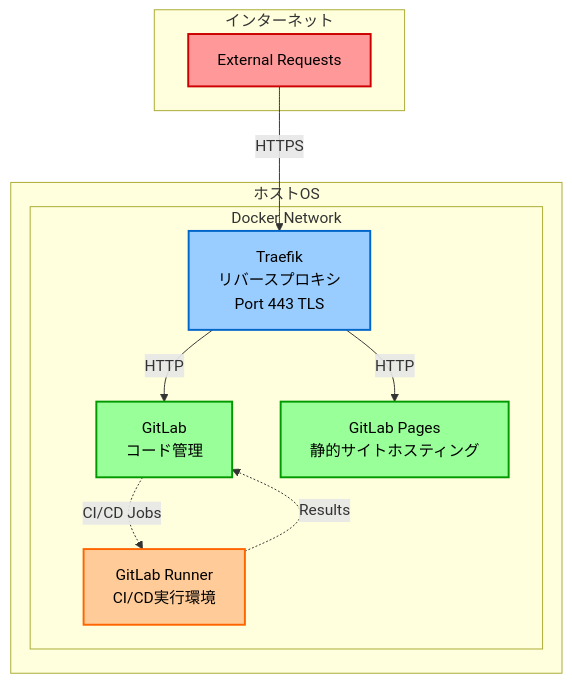
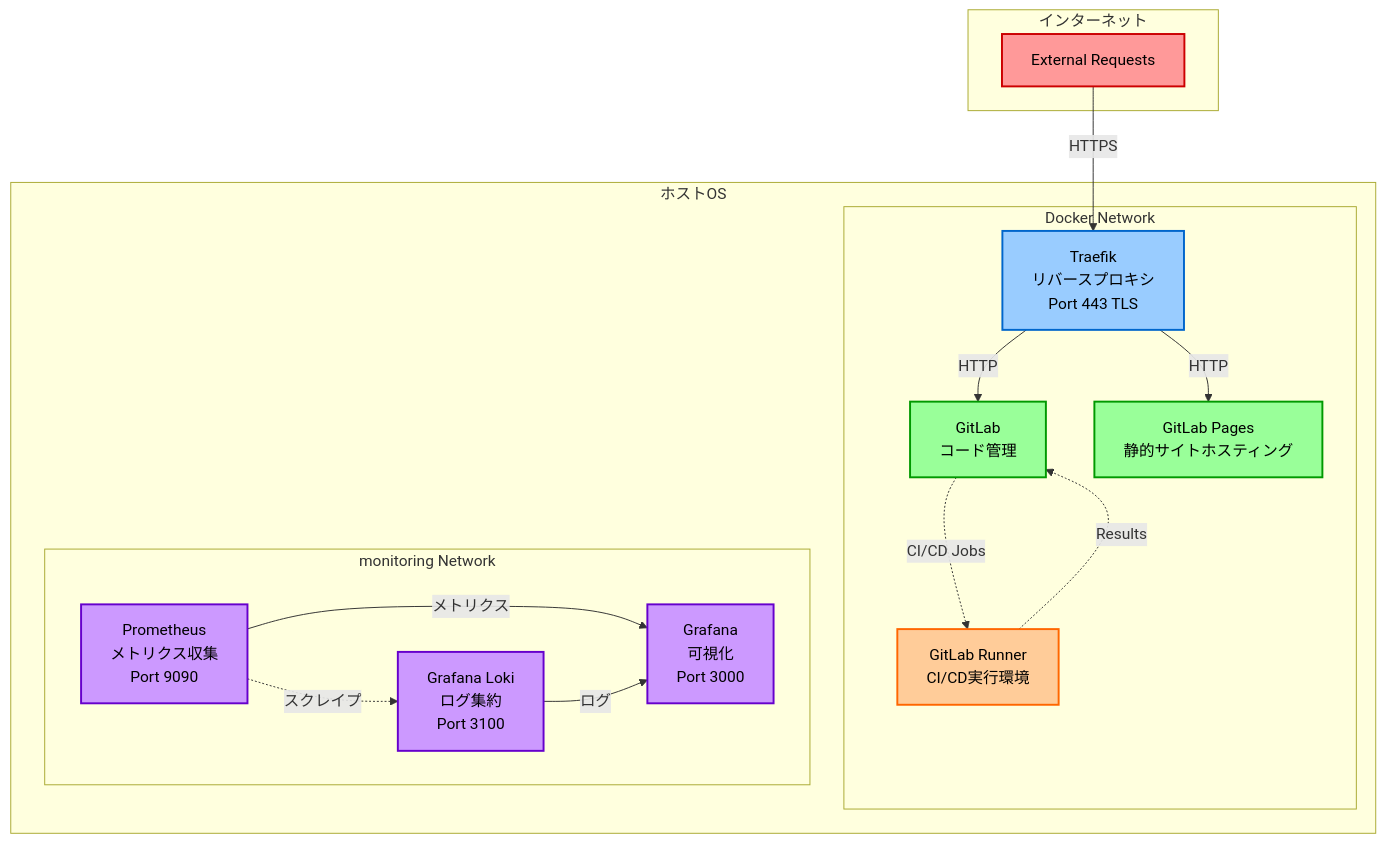
The diagram in README.md (okdwtr/servers), drawn with Mermaid before and after one commit. The commit also changed other lines of this file and 10 other files, not shown here.

First line of the commit message:
feat: Prometheus + Grafana + Loki オブザーバビリティスタック追加

````diff
--- a/README.md
+++ b/README.md
@@ -11,31 +11,41 @@
 ```mermaid
 graph TB
     subgraph "インターネット"
         INET["External Requests"]
     end
     
     subgraph "ホストOS"
         subgraph "Docker Network"
             TRAEFIK["Traefik<br/>リバースプロキシ<br/>Port 443 TLS"]
             GITLAB["GitLab<br/>コード管理"]
             PAGES["GitLab Pages<br/>静的サイトホスティング"]
             RUNNER["GitLab Runner<br/>CI/CD実行環境"]
         end
+        subgraph "monitoring Network"
+            PROMETHEUS["Prometheus<br/>メトリクス収集<br/>Port 9090"]
+            GRAFANA["Grafana<br/>可視化<br/>Port 3000"]
+            LOKI["Grafana Loki<br/>ログ集約<br/>Port 3100"]
+        end
     end
     
     INET -->|HTTPS| TRAEFIK
     TRAEFIK -->|HTTP| GITLAB
     TRAEFIK -->|HTTP| PAGES
     GITLAB -.->|CI/CD Jobs| RUNNER
     RUNNER -.->|Results| GITLAB
+    PROMETHEUS -->|メトリクス| GRAFANA
+    LOKI -->|ログ| GRAFANA
+    PROMETHEUS -.->|スクレイプ| LOKI
     
     classDef external fill:#ff9999,stroke:#cc0000,stroke-width:2px,color:#000
     classDef proxy fill:#99ccff,stroke:#0066cc,stroke-width:2px,color:#000
     classDef service fill:#99ff99,stroke:#009900,stroke-width:2px,color:#000
     classDef ci fill:#ffcc99,stroke:#ff6600,stroke-width:2px,color:#000
+    classDef observability fill:#cc99ff,stroke:#6600cc,stroke-width:2px,color:#000
     
     class INET external
     class TRAEFIK proxy
     class GITLAB,PAGES service
     class RUNNER ci
+    class PROMETHEUS,GRAFANA,LOKI observability
 ```
````
